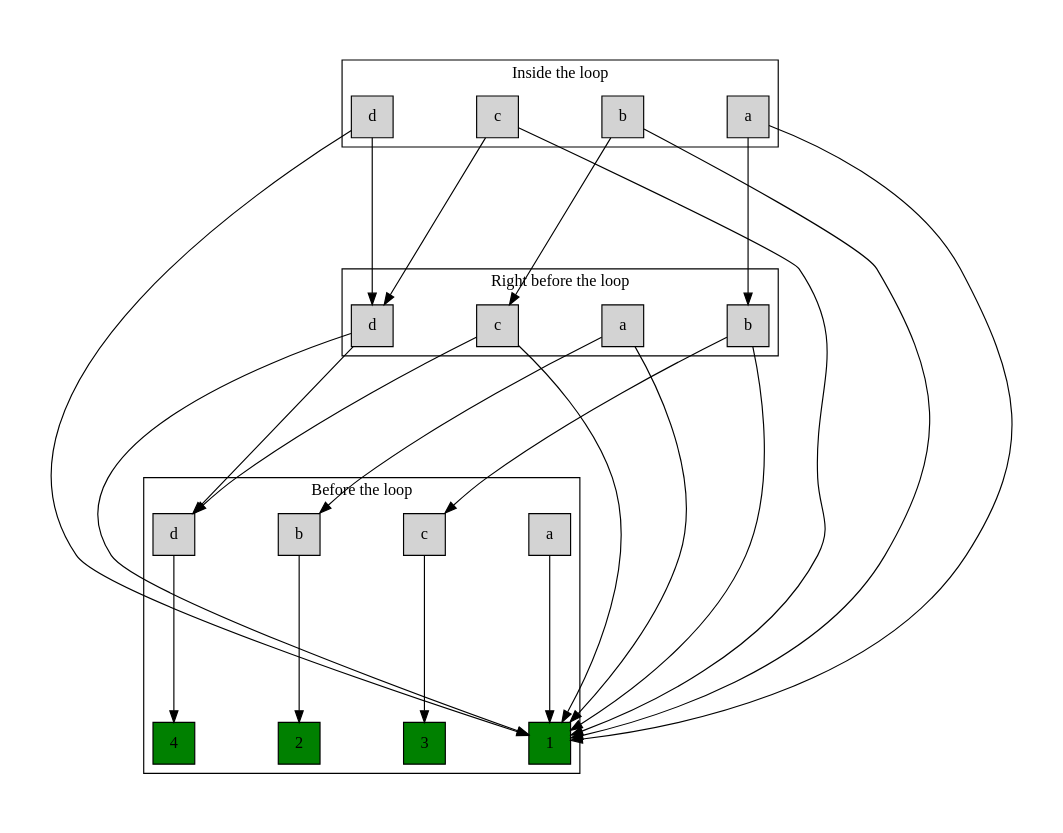
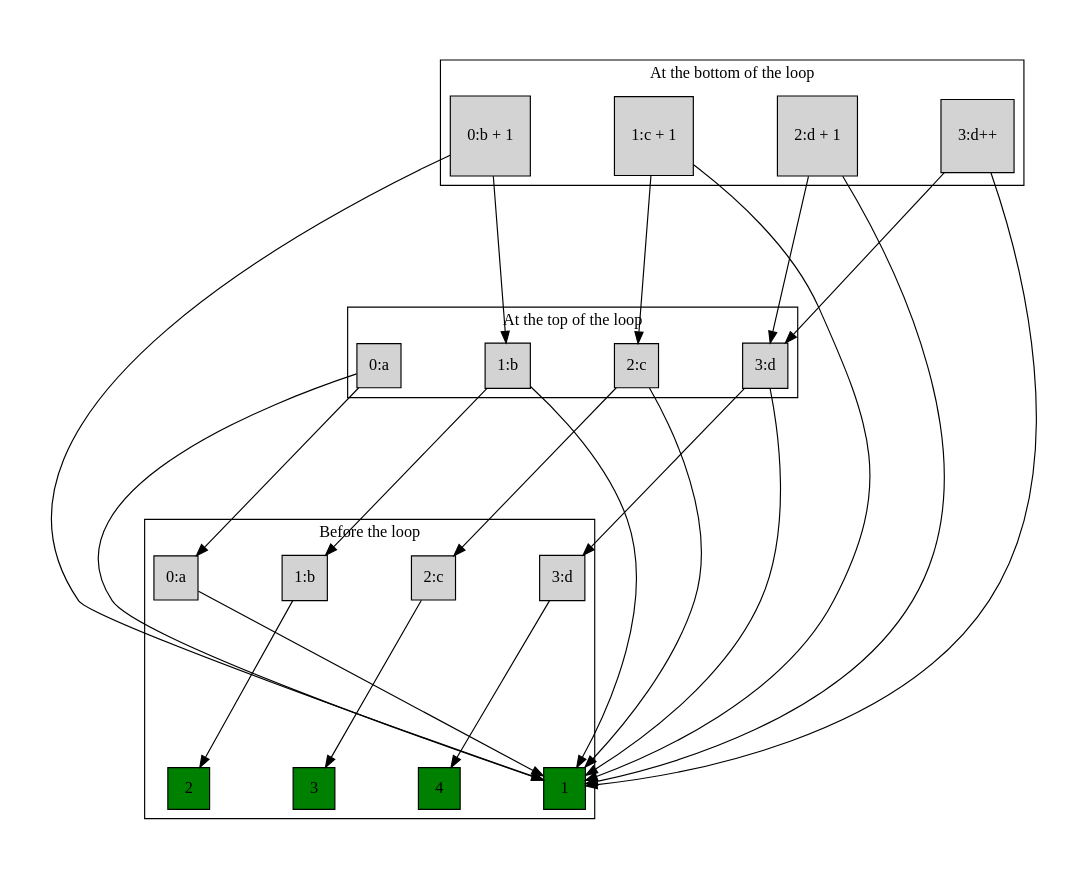
One commit to sjkillen/various-graphs changed the diagram in values2.dot. Above: the diagram before and after it, drawn with Graphviz. The commit also changed 3 other files, not shown here.

```diff
--- a/values2.dot
+++ b/values2.dot
@@ -1,54 +1,54 @@
 digraph G {
     node[shape="square", style="filled"]
     graph [pad="0.5", nodesep="1", ranksep="2"];
     rank=same;
     
     1[fillcolor="green"]
     2[fillcolor="green"]
     3[fillcolor="green"]
     4[fillcolor="green"]
 
 
 	subgraph cluster_0 {
         label="Before the loop"
-        a_out[label="a"]
-        b_out[label="b"]
-        c_out[label="c"]
-        d_out[label="d"]
+        a_out[label="0:a"]
+        b_out[label="1:b"]
+        c_out[label="2:c"]
+        d_out[label="3:d"]
 
         a_out -> 1
         b_out -> 2
         c_out -> 3
         d_out -> 4
     }
 
     subgraph cluster_1 {
-        label="Right before the loop"
+        label="At the top of the loop"
 
-        d_preloop[label="d"] 
-        c_preloop[label="c"] 
-        b_preloop[label="b"] 
-        a_preloop[label="a"] 
+        a_preloop[label="0:a"] 
+        b_preloop[label="1:b"] 
+        c_preloop[label="2:c"] 
+        d_preloop[label="3:d"] 
 
+        a_preloop -> a_out, 1
+        b_preloop -> b_out, 1
+        c_preloop -> c_out, 1
         d_preloop -> d_out, 1
-        c_preloop-> d_out, 1
-        b_preloop -> c_out, 1
-        a_preloop -> b_out, 1
     }
 
 	subgraph cluster_2 {
-        label="Inside the loop"
+        label="At the bottom of the loop"
 
-        d_loop[label="d"] 
-        c_loop[label="c"] 
-        b_loop[label="b"] 
-        a_loop[label="a"] 
+        a_loop[label="0:b + 1"] 
+        b_loop[label="1:c + 1"] 
+        c_loop[label="2:d + 1"] 
+        d_loop[label="3:d++"] 
 
+        a_loop -> b_preloop, 1
+        b_loop -> c_preloop, 1
+        c_loop-> d_preloop, 1
         d_loop -> d_preloop, 1
-        c_loop-> d_preloop, 1
-        b_loop -> c_preloop, 1
-        a_loop -> b_preloop, 1
 
 
     }
 }
```
